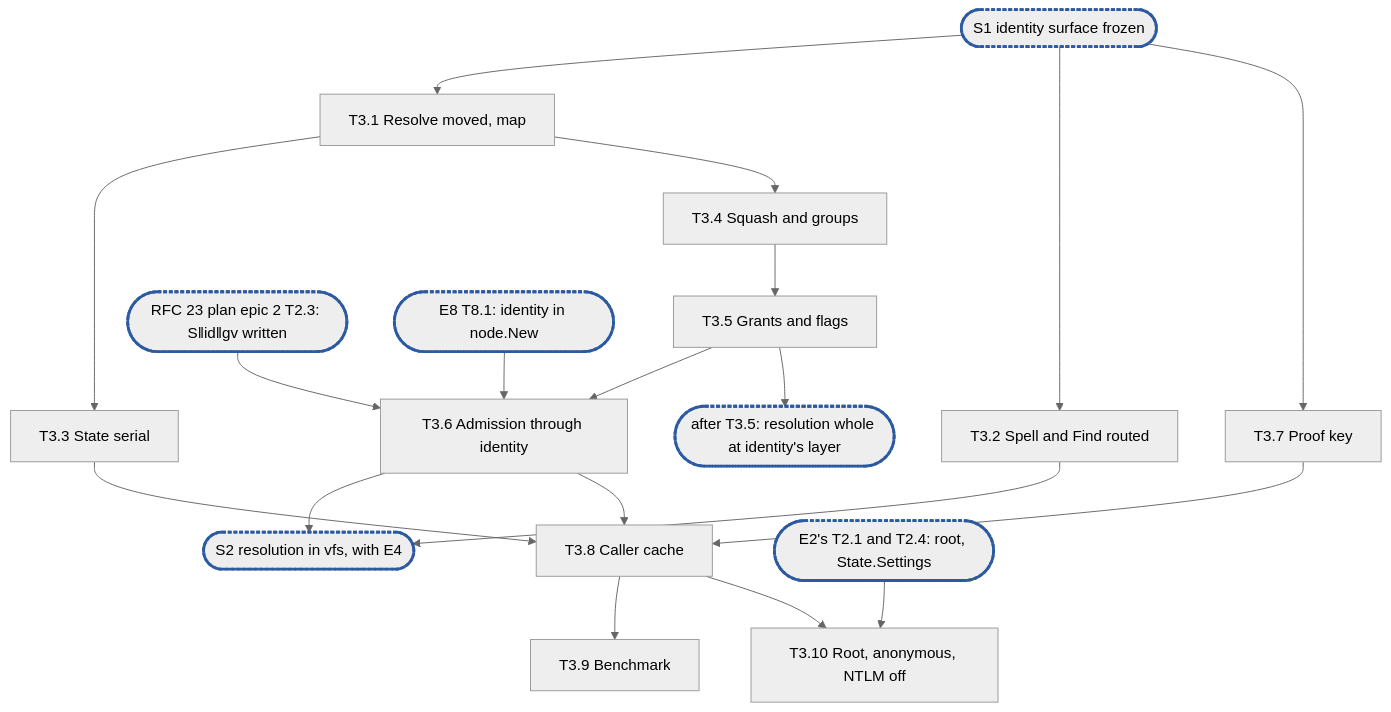
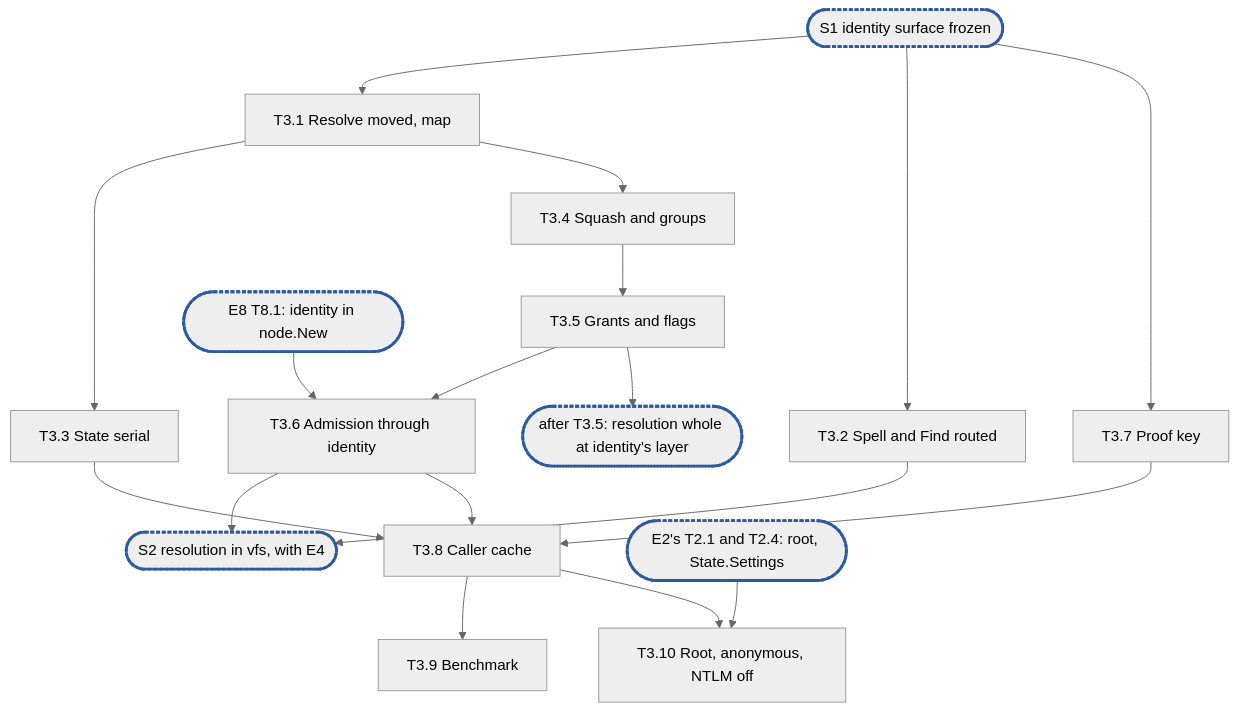
The diagram in docs/internals/planning/rfc-18-identity-epic3.md (cubbit/dittofs), drawn with Mermaid (neutral theme) before and after one commit. The commit also changed other lines of this file, not shown here.

````diff
--- a/docs/internals/planning/rfc-18-identity-epic3.md
+++ b/docs/internals/planning/rfc-18-identity-epic3.md
@@ -606,17 +628,16 @@
 ```mermaid
 flowchart TD
   S1(["S1 identity surface frozen"]):::sync --> T3_1["T3.1 Resolve moved, map"]
   S1 --> T3_2["T3.2 Spell and Find routed"]
   T3_1 --> T3_3["T3.3 State serial"]
   T3_1 --> T3_4["T3.4 Squash and groups"] --> T3_5["T3.5 Grants and flags"] --> T3_6["T3.6 Admission through identity"]
   S1 --> T3_7["T3.7 Proof key"]
   T3_2 & T3_6 --> S2(["S2 resolution in vfs, with E4"]):::sync
-  X1(["RFC 23 plan epic 2 T2.3: S‖id‖gv written"]):::sync --> T3_6
   X2(["E8 T8.1: identity in node.New"]):::sync --> T3_6
   T3_3 & T3_6 & T3_7 --> T3_8["T3.8 Caller cache"]
   T3_8 --> T3_9["T3.9 Benchmark"]
   E2(["E2's T2.1 and T2.4: root, State.Settings"]):::sync --> T3_10["T3.10 Root, anonymous, NTLM off"]
   T3_8 --> T3_10
   T3_5 --> C1(["after T3.5: resolution whole at identity's layer"]):::sync
   classDef sync stroke:#2c5aa0,stroke-width:3px,stroke-dasharray:4 2
 ```
````
